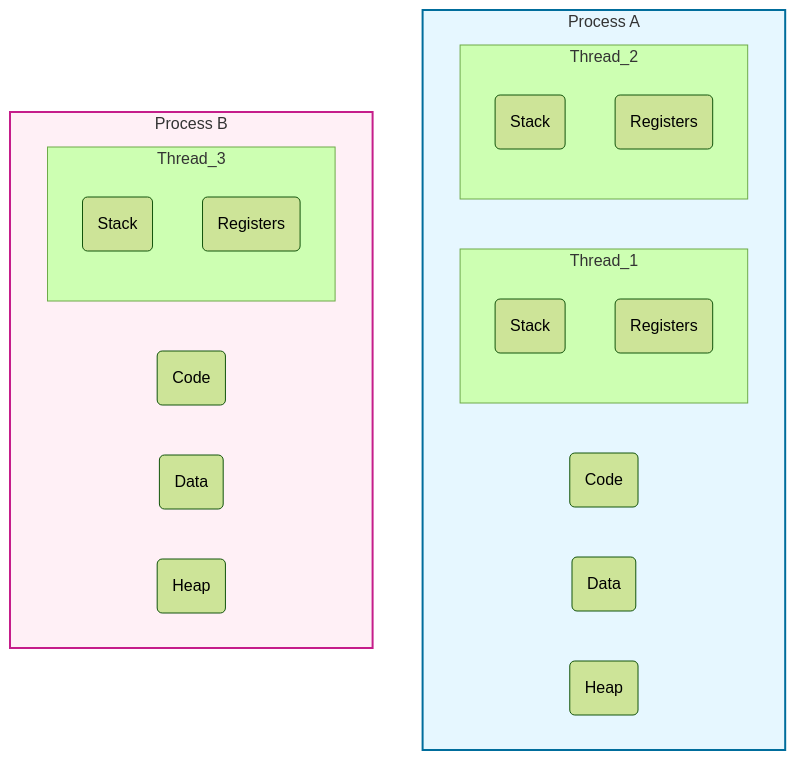
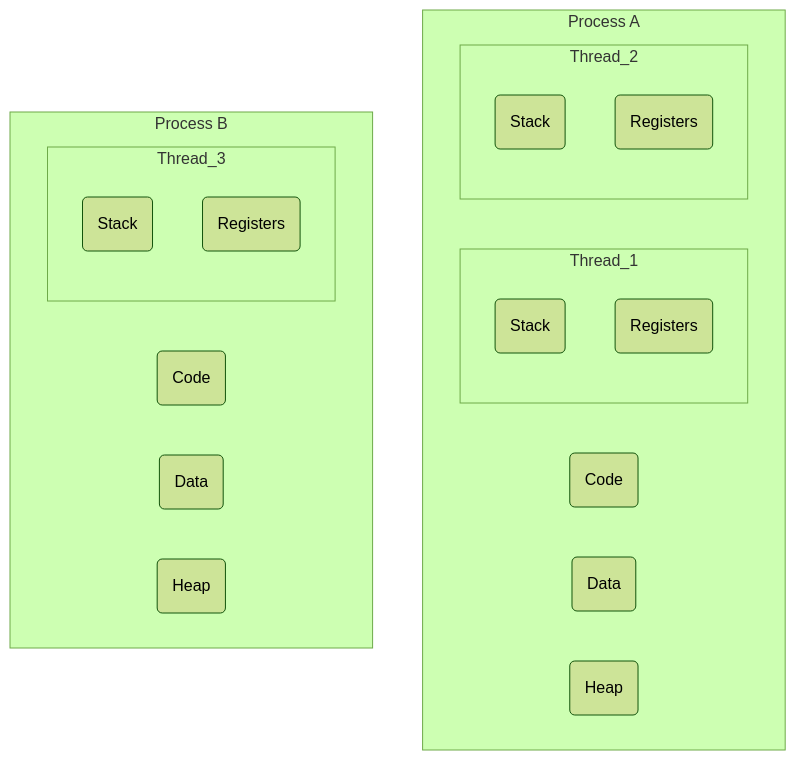
Before and after one commit to harimkang/ai-engineer-guide: the first of 3 diagrams in docs/1-cs-전공-지식/1-1-운영체제/process-vs-thread.md, drawn with Mermaid (forest theme). The commit also changed 45 other files, not shown here.

````diff
--- a/docs/1-cs-전공-지식/1-1-운영체제/process-vs-thread.md
+++ b/docs/1-cs-전공-지식/1-1-운영체제/process-vs-thread.md
@@ -22,31 +22,28 @@
 ```mermaid
 graph TD;
     subgraph Process_A ["Process A"]
         direction LR
         A_Code(Code)
         A_Data(Data)
         A_Heap(Heap)
         subgraph Thread_1
             A_Stack1(Stack)
             A_Reg1(Registers)
         end
         subgraph Thread_2
             A_Stack2(Stack)
             A_Reg2(Registers)
         end
     end
 
     subgraph Process_B ["Process B"]
         direction LR
         B_Code(Code)
         B_Data(Data)
         B_Heap(Heap)
         subgraph Thread_3
             B_Stack3(Stack)
             B_Reg3(Registers)
         end
     end
-
-    style Process_A fill:#e6f7ff,stroke:#006d9c,stroke-width:2px
-    style Process_B fill:#fff0f6,stroke:#c51d8a,stroke-width:2px
 ```
````
